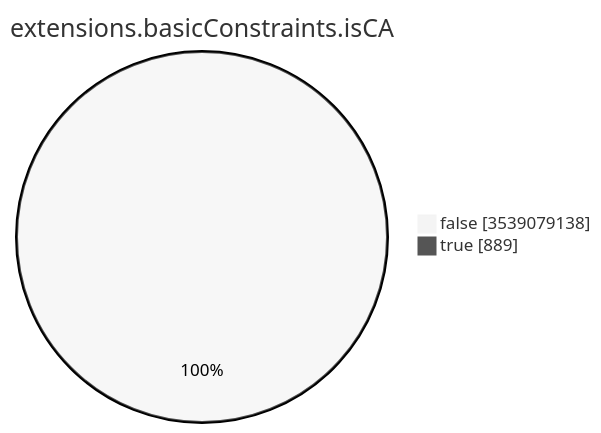
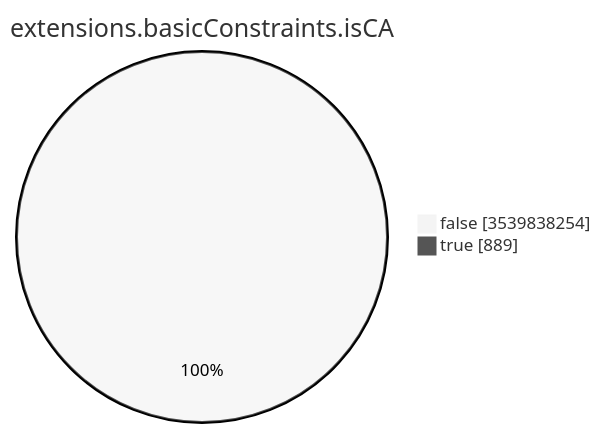
Before and after one commit to christiankrug/ctmonitor_visualization: the seventh of 15 diagrams in TOTAL/README.md, drawn with Mermaid (neutral theme). The commit also changed other lines of this file, not shown here.

````diff
--- a/TOTAL/README.md
+++ b/TOTAL/README.md
@@ -3094,6 +3094,6 @@
 ```mermaid
 pie showData
 title extensions.basicConstraints.isCA
-"false" :3539079138
+"false" :3539838254
 "true" :889
 ```
````
